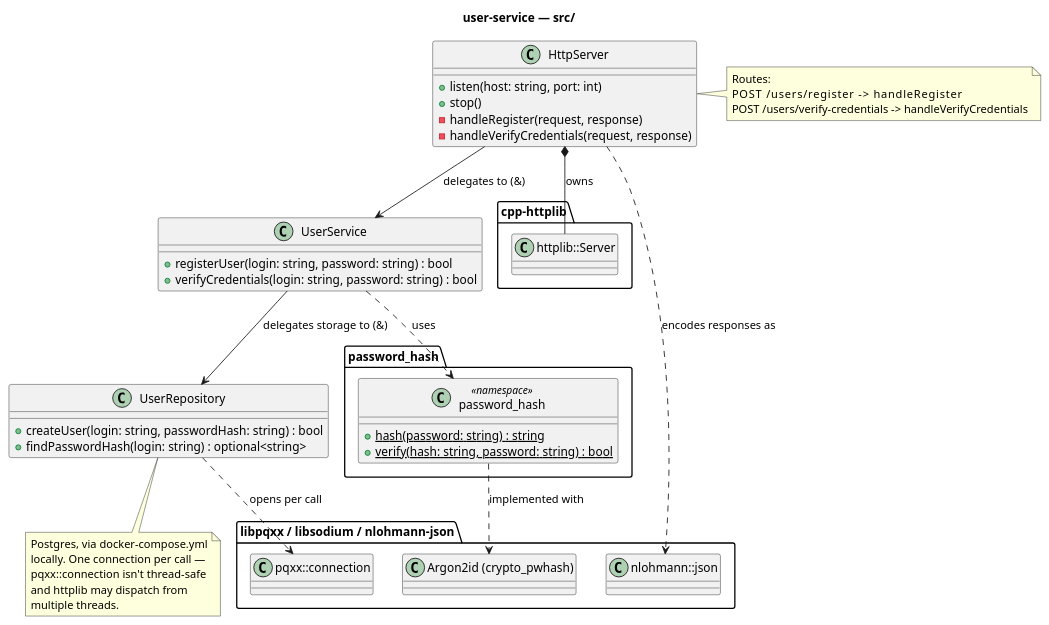
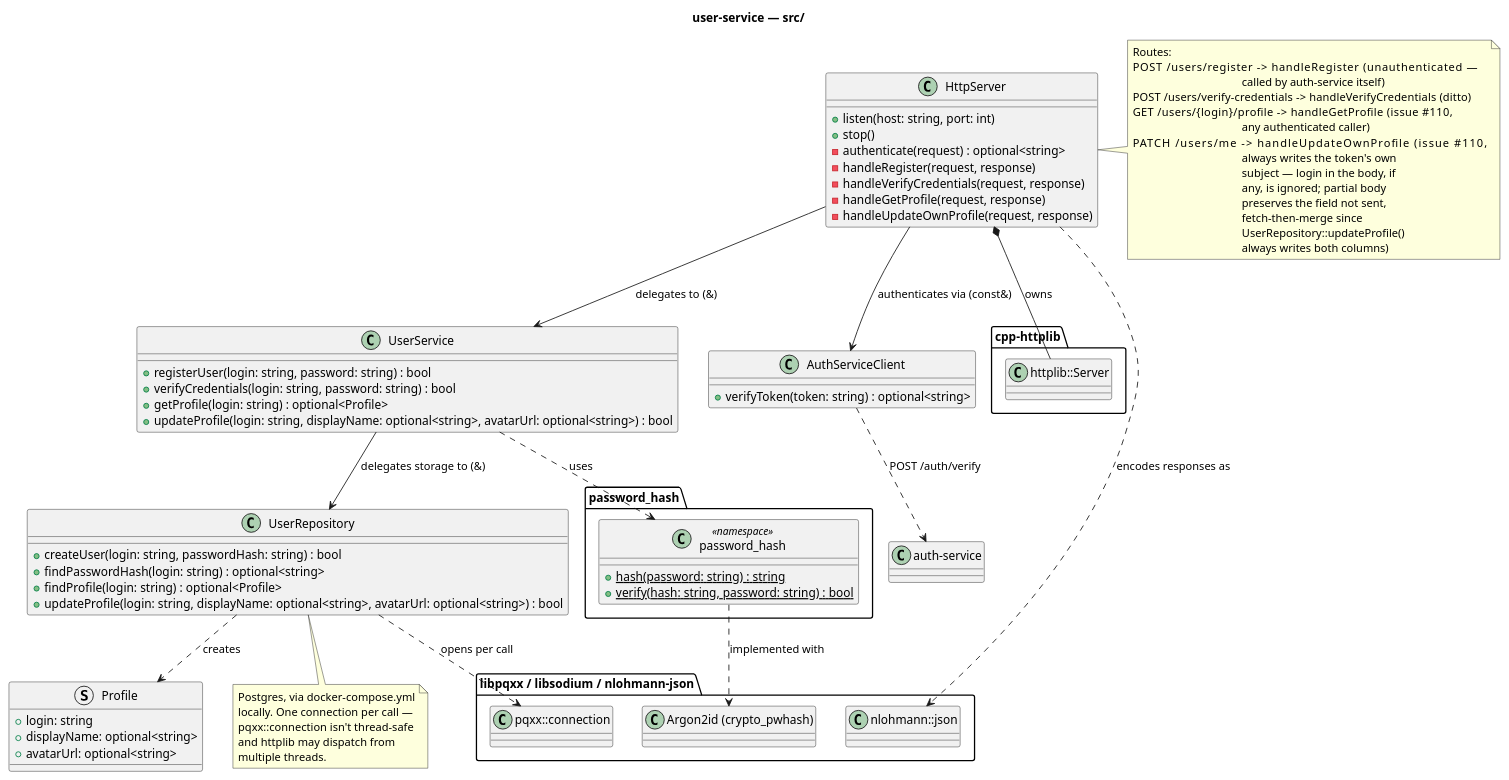
The diagram in services/user-service/docs/diagrams/user-service.puml (NekrasovIS/Exp), drawn with PlantUML before and after one commit. The commit also changed 31 other files, not shown here.

```diff
--- a/services/user-service/docs/diagrams/user-service.puml
+++ b/services/user-service/docs/diagrams/user-service.puml
@@ -1,59 +1,90 @@
 @startuml user-service
 title user-service — src/
 
 package "cpp-httplib" {
   class "httplib::Server" as HttplibServer
 }
 
 package "libpqxx / libsodium / nlohmann-json" {
   class "pqxx::connection" as PqxxConnection
   class "Argon2id (crypto_pwhash)" as Argon2
   class "nlohmann::json" as Json
 }
 
 namespace password_hash {
   class password_hash <<namespace>> {
     +{static} hash(password: string) : string
     +{static} verify(hash: string, password: string) : bool
   }
 }
 
+struct Profile {
+  +login: string
+  +displayName: optional<string>
+  +avatarUrl: optional<string>
+}
+
 class UserRepository {
   +createUser(login: string, passwordHash: string) : bool
   +findPasswordHash(login: string) : optional<string>
+  +findProfile(login: string) : optional<Profile>
+  +updateProfile(login: string, displayName: optional<string>, avatarUrl: optional<string>) : bool
 }
 UserRepository ..> PqxxConnection : opens per call
+UserRepository ..> Profile : creates
 
 class UserService {
   +registerUser(login: string, password: string) : bool
   +verifyCredentials(login: string, password: string) : bool
+  +getProfile(login: string) : optional<Profile>
+  +updateProfile(login: string, displayName: optional<string>, avatarUrl: optional<string>) : bool
 }
 UserService --> UserRepository : delegates storage to (&)
 UserService ..> password_hash.password_hash : uses
 password_hash.password_hash ..> Argon2 : implemented with
 
+class AuthServiceClient {
+  +verifyToken(token: string) : optional<string>
+}
+AuthServiceClient ..> "auth-service" : POST /auth/verify
+
 class HttpServer {
   +listen(host: string, port: int)
   +stop()
+  -authenticate(request) : optional<string>
   -handleRegister(request, response)
   -handleVerifyCredentials(request, response)
+  -handleGetProfile(request, response)
+  -handleUpdateOwnProfile(request, response)
 }
 HttpServer --> UserService : delegates to (&)
+HttpServer --> AuthServiceClient : authenticates via (const&)
 HttpServer *-- HttplibServer : owns
 HttpServer ..> Json : encodes responses as
 
 note right of HttpServer
   Routes:
-  POST /users/register           -> handleRegister
-  POST /users/verify-credentials -> handleVerifyCredentials
+  POST  /users/register             -> handleRegister (unauthenticated —
+                                        called by auth-service itself)
+  POST  /users/verify-credentials   -> handleVerifyCredentials (ditto)
+  GET   /users/{login}/profile      -> handleGetProfile (issue #110,
+                                        any authenticated caller)
+  PATCH /users/me                   -> handleUpdateOwnProfile (issue #110,
+                                        always writes the token's own
+                                        subject — login in the body, if
+                                        any, is ignored; partial body
+                                        preserves the field not sent,
+                                        fetch-then-merge since
+                                        UserRepository::updateProfile()
+                                        always writes both columns)
 end note
 
 note bottom of UserRepository
   Postgres, via docker-compose.yml
   locally. One connection per call —
   pqxx::connection isn't thread-safe
   and httplib may dispatch from
   multiple threads.
 end note
 
 @enduml
```
